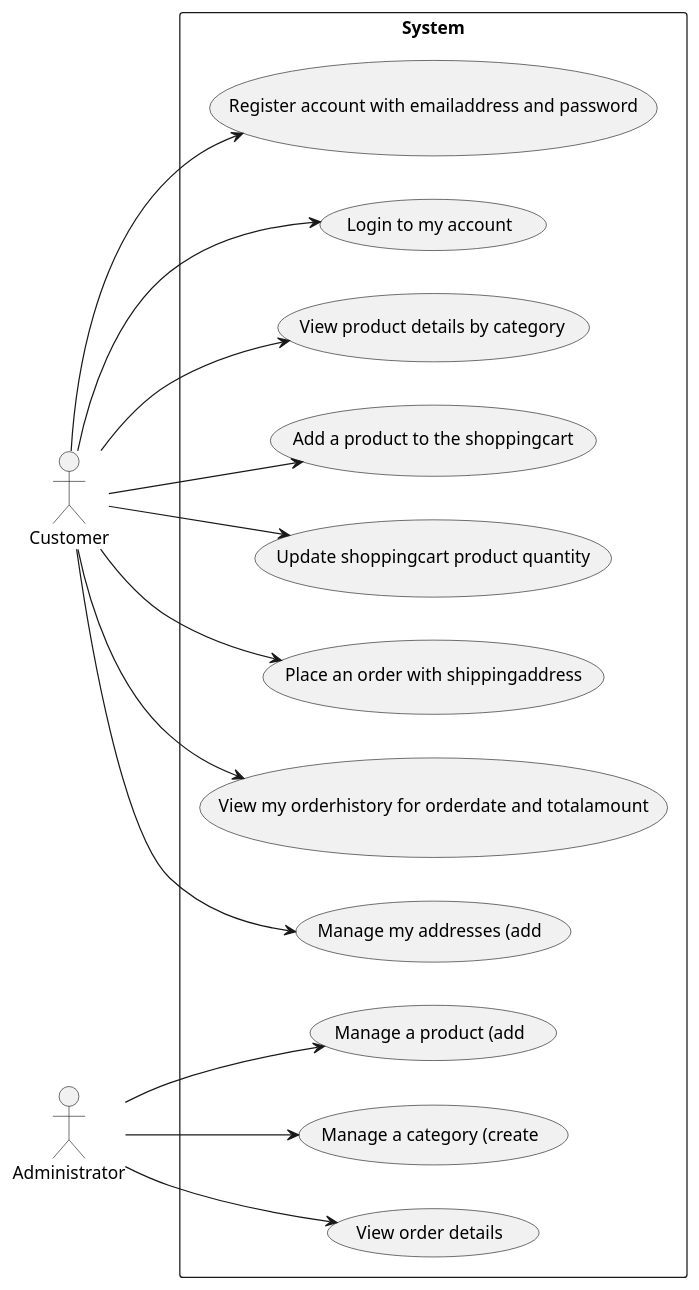
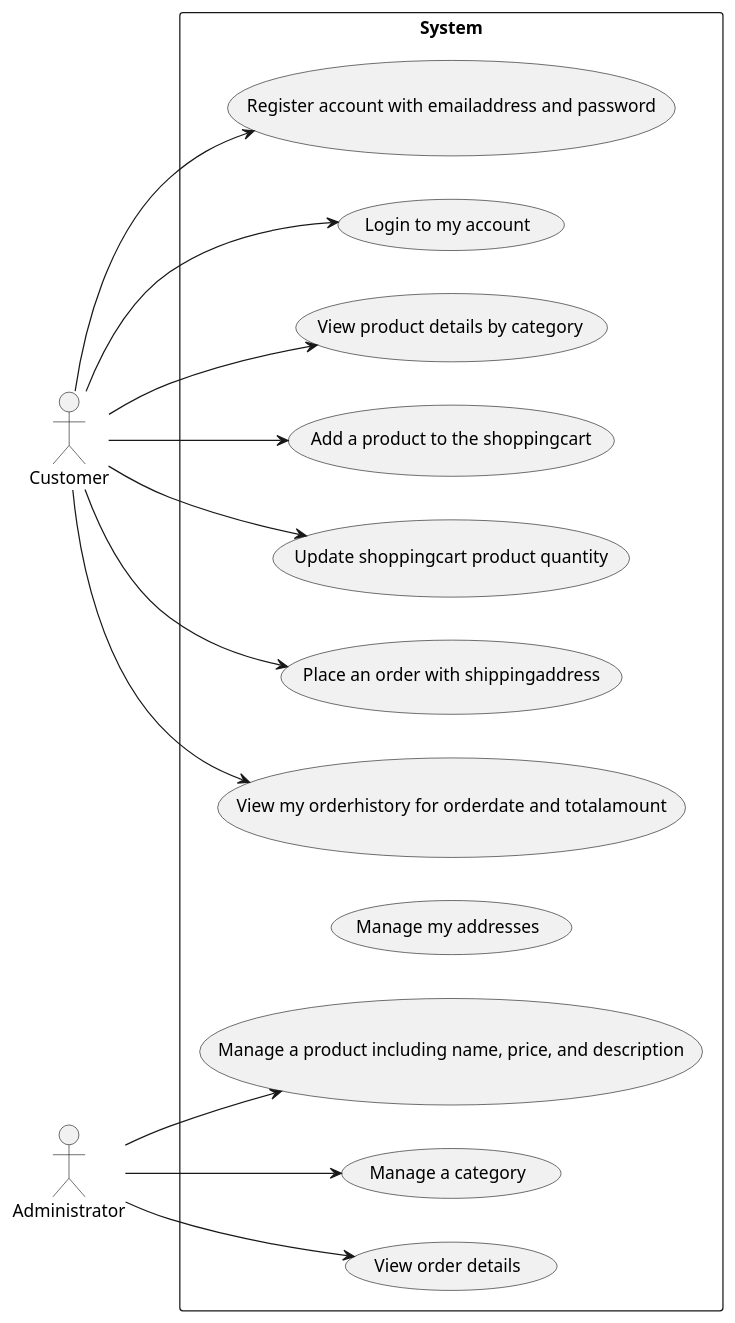
Before and after one commit to qamaruddin-qureshi/fyp-uml-diagram-generator: the diagram in user_stories/golden_puml/use_case/use_case_test_E_Commerce.puml, drawn with PlantUML. The commit also changed 6 other files, not shown here.

First line of the commit message:
fix: refined Use Case diagram extraction logic

```diff
--- a/user_stories/golden_puml/use_case/use_case_test_E_Commerce.puml
+++ b/user_stories/golden_puml/use_case/use_case_test_E_Commerce.puml
@@ -1,29 +1,28 @@
 @startuml
 left to right direction
 actor "Customer" as Customer
 actor "Administrator" as Administrator
 rectangle System {
 usecase "Register account with emailaddress and password" as Registeraccountwithemailaddressandpassword
 usecase "Login to my account" as Logintomyaccount
 usecase "View product details by category" as Viewproductdetailsbycategory
 usecase "Add a product to the shoppingcart" as Addaproducttotheshoppingcart
 usecase "Update shoppingcart product quantity" as Updateshoppingcartproductquantity
 usecase "Place an order with shippingaddress" as Placeanorderwithshippingaddress
 usecase "View my orderhistory for orderdate and totalamount" as Viewmyorderhistoryfororderdateandtotalamount
-usecase "Manage my addresses (add" as Managemyaddressesadd
-usecase "Manage a product (add" as Manageaproductadd
-usecase "Manage a category (create" as Manageacategorycreate
+usecase "Manage my addresses" as Managemyaddresses
+usecase "Manage a product including name, price, and description" as Manageaproductincludingnamepriceanddescription
+usecase "Manage a category" as Manageacategory
 usecase "View order details" as Vieworderdetails
 }
 Customer --> Registeraccountwithemailaddressandpassword
 Customer --> Logintomyaccount
 Customer --> Viewproductdetailsbycategory
 Customer --> Addaproducttotheshoppingcart
 Customer --> Updateshoppingcartproductquantity
 Customer --> Placeanorderwithshippingaddress
 Customer --> Viewmyorderhistoryfororderdateandtotalamount
-Customer --> Managemyaddressesadd
-Administrator --> Manageaproductadd
-Administrator --> Manageacategorycreate
+Administrator --> Manageaproductincludingnamepriceanddescription
+Administrator --> Manageacategory
 Administrator --> Vieworderdetails
 @enduml
```
